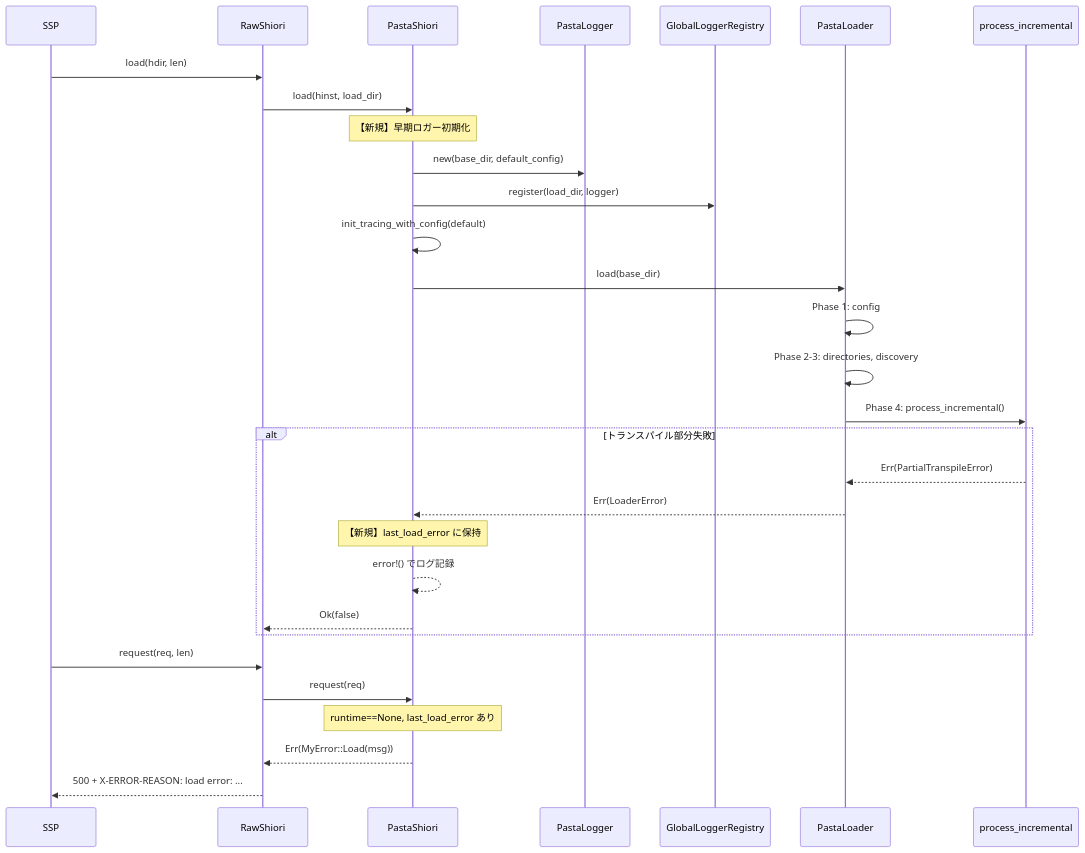
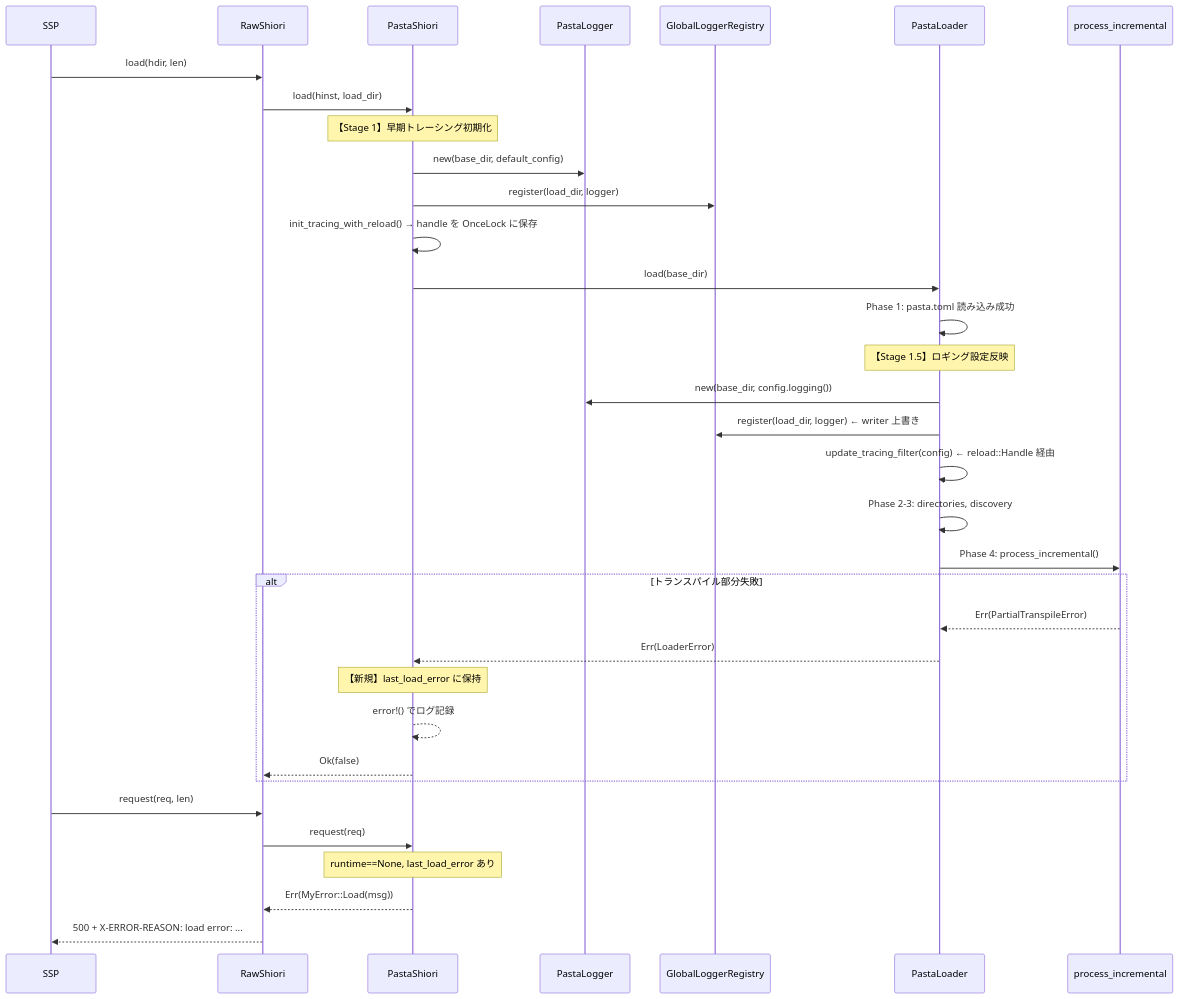
Before and after one commit to ekicyou/pasta: the first of 3 diagrams in .kiro/specs/load-error-logging/design.md, drawn with Mermaid. The commit also changed other lines of this file and 1 other file, not shown here.

First line of the commit message:
feat(design): 議題1クローズ — 2段階初期化 + reload::Layer 採用

````diff
--- a/.kiro/specs/load-error-logging/design.md
+++ b/.kiro/specs/load-error-logging/design.md
@@ -55,37 +55,43 @@
 ```mermaid
 sequenceDiagram
     participant SSP
     participant RawShiori
     participant PastaShiori
     participant PastaLogger
     participant GlobalRegistry as GlobalLoggerRegistry
     participant PastaLoader
     participant Transpiler as process_incremental
 
     SSP->>RawShiori: load(hdir, len)
     RawShiori->>PastaShiori: load(hinst, load_dir)
     
-    Note over PastaShiori: 【新規】早期ロガー初期化
+    Note over PastaShiori: 【Stage 1】早期トレーシング初期化
     PastaShiori->>PastaLogger: new(base_dir, default_config)
     PastaShiori->>GlobalRegistry: register(load_dir, logger)
-    PastaShiori->>PastaShiori: init_tracing_with_config(default)
+    PastaShiori->>PastaShiori: init_tracing_with_reload() → handle を OnceLock に保存
     
     PastaShiori->>PastaLoader: load(base_dir)
-    PastaLoader->>PastaLoader: Phase 1: config
+    PastaLoader->>PastaLoader: Phase 1: pasta.toml 読み込み成功
+    
+    Note over PastaLoader: 【Stage 1.5】ロギング設定反映
+    PastaLoader->>PastaLogger: new(base_dir, config.logging())
+    PastaLoader->>GlobalRegistry: register(load_dir, logger) ← writer 上書き
+    PastaLoader->>PastaLoader: update_tracing_filter(config) ← reload::Handle 経由
+    
     PastaLoader->>PastaLoader: Phase 2-3: directories, discovery
     PastaLoader->>Transpiler: Phase 4: process_incremental()
     
     alt トランスパイル部分失敗
         Transpiler-->>PastaLoader: Err(PartialTranspileError)
         PastaLoader-->>PastaShiori: Err(LoaderError)
         Note over PastaShiori: 【新規】last_load_error に保持
         PastaShiori-->>PastaShiori: error!() でログ記録
         PastaShiori-->>RawShiori: Ok(false)
     end
     
     SSP->>RawShiori: request(req, len)
     RawShiori->>PastaShiori: request(req)
     Note over PastaShiori: runtime==None, last_load_error あり
     PastaShiori-->>RawShiori: Err(MyError::Load(msg))
     RawShiori-->>SSP: 500 + X-ERROR-REASON: load error: ...
 ```
````
